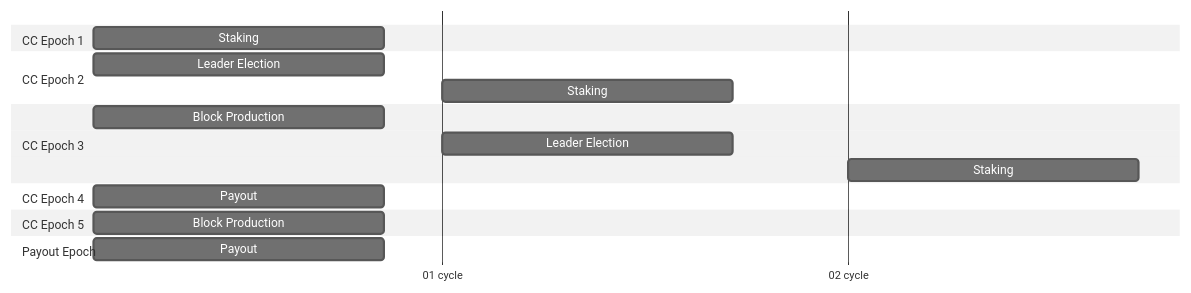
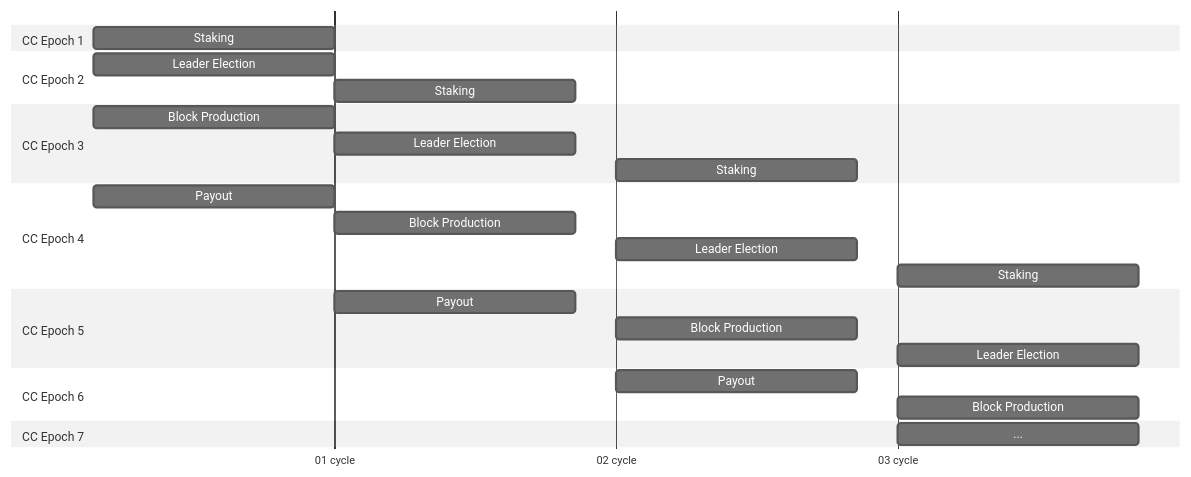
Before and after one commit to aeternity/hyperchains-whitepaper: the diagram in glossary.md, drawn with Mermaid (neutral theme). The commit also changed other lines of this file, not shown here.

Commit message:
Fix cycle diagram.

````diff
--- a/glossary.md
+++ b/glossary.md
@@ -33,24 +33,32 @@
 ```mermaid
 gantt
     dateFormat  YYYY-MM-DD
     axisFormat  %W cycle
     tickInterval 1week
 
     section CC Epoch 1
-    Staking          :a1, 2024-01-01, 5d
+    Staking          :a1, 2024-01-01, 6d
+
     section CC Epoch 2
-    Leader Election  :b1, 2024-01-01, 5d
-    Staking          :b1, 2024-01-07, 5d
+    Leader Election  :b1, 2024-01-01, 6d
+    Staking          :a2, 2024-01-07, 6d
+
     section CC Epoch 3
-    Block Production :c1, 2024-01-01, 5d
-    Leader Election  :b2, 2024-01-07, 5d
-    Staking          :c1, 2024-01-14, 5d
+    Block Production :c1, 2024-01-01, 6d
+    Leader Election  :b2, 2024-01-07, 6d
+    Staking          :c1, 2024-01-14, 6d
     section CC Epoch 4
-
-    Payout           :d1, 2024-01-01, 5d
-
+    Payout           :d1, 2024-01-01, 6d
+    Block Production :c2, 2024-01-07, 6d
+    Leader Election  :b3, 2024-01-14, 6d
+    Staking          :a1, 2024-01-21, 6d
     section CC Epoch 5
-    Block Production :c1, 2024-01-01, 5d
-    section Payout Epoch
-    Payout           :d1, 2024-01-01, 5d
+    Payout           :d2, 2024-01-07, 6d
+    Block Production :c3, 2024-01-14, 6d
+    Leader Election  :b4, 2024-01-21, 6d
+    section CC Epoch 6
+    Payout           :d3, 2024-01-14, 6d
+    Block Production :c4, 2024-01-21, 6d
+    section CC Epoch 7
+    ... :c4, 2024-01-21, 6d
 ```
````
